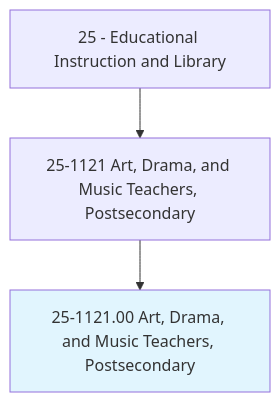
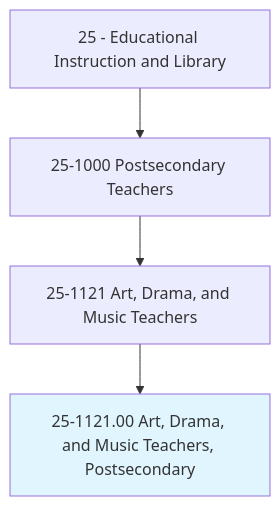
The first of 4 diagrams in occupations/Education/ArtDramaAndMusicTeachersPostsecondary.mdx (kziemski/business.org.ai), drawn with Mermaid before and after one commit. The commit also changed other lines of this file and 938 other files, not shown here.

````diff
--- a/occupations/Education/ArtDramaAndMusicTeachersPostsecondary.mdx
+++ b/occupations/Education/ArtDramaAndMusicTeachersPostsecondary.mdx
@@ -19,6 +23,7 @@
 ```mermaid
 graph TD
-    Cat25["25 - Educational Instruction and Library"] --> Group251121["25-1121 Art, Drama, and Music Teachers, Postsecondary"]
+    Cat25["25 - Educational Instruction and Library"] --> Group251["25-1000 Postsecondary Teachers"]
+    Group251 --> Group251121["25-1121 Art, Drama, and Music Teachers"]
     Group251121 --> Current["25-1121.00 Art, Drama, and Music Teachers, Postsecondary"]
     style Current fill:#e1f5fe
 ```
````
